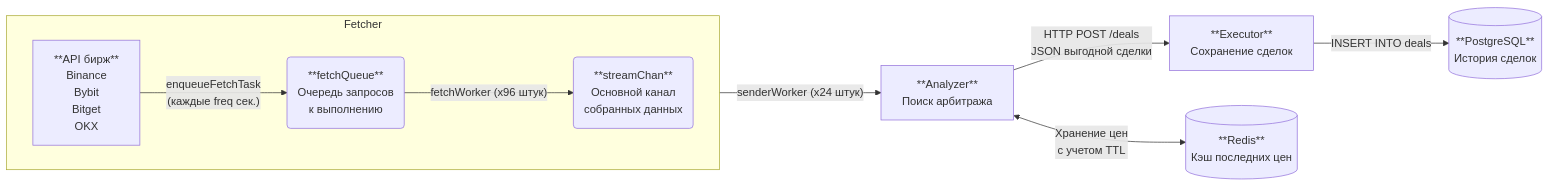
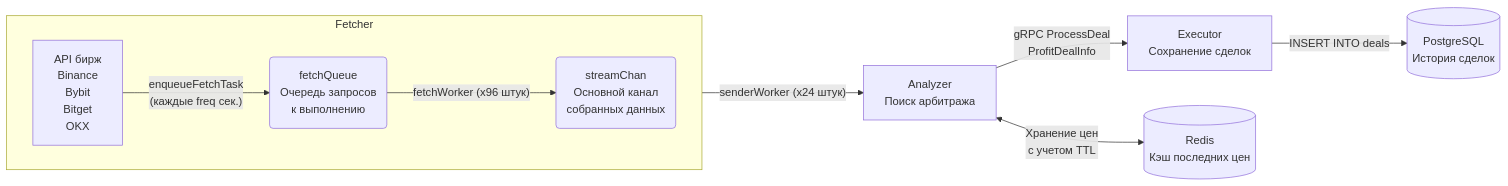
The diagram in README.md (fanoxiz/Crypto-monitor), drawn with Mermaid before and after one commit. The commit also changed other lines of this file and 12 other files, not shown here.

Commit message:
feat(executor): gRPC implementation, README.md update

````diff
--- a/README.md
+++ b/README.md
@@ -19,48 +19,48 @@
 ```mermaid
 flowchart LR
   subgraph fetcher[Fetcher]
     direction LR
     api[
-      **API бирж**
+      API бирж
       Binance
       Bybit
       Bitget
       OKX
     ]
     fetch_q(
-      **fetchQueue**
+      fetchQueue
       Очередь запросов
       к выполнению
     )
     streamChan(
-      **streamChan**
+      streamChan
       Основной канал
       собранных данных
     )
 
     api -- "enqueueFetchTask<br> (каждые freq сек.)" --> fetch_q
     fetch_q -- "fetchWorker (x96 штук)" --> streamChan
   end
 
   analyzer[
-    **Analyzer**
+    Analyzer
     Поиск арбитража
   ]
   executor[
-    **Executor**
+    Executor
     Сохранение сделок
   ]
   redis[(
-    **Redis**
+    Redis
     Кэш последних цен
   )]
   pg[(
-    **PostgreSQL**
+    PostgreSQL
     История сделок
   )]
 
   streamChan -- "senderWorker (x24 штук)" --> analyzer
   analyzer <-- "Хранение цен <br> с учетом TTL" --> redis
-  analyzer -- "HTTP POST /deals <br> JSON выгодной сделки" --> executor
+  analyzer -- "gRPC ProcessDeal<br> ProfitDealInfo" --> executor
   executor -- "INSERT INTO deals" --> pg
 ```
````
